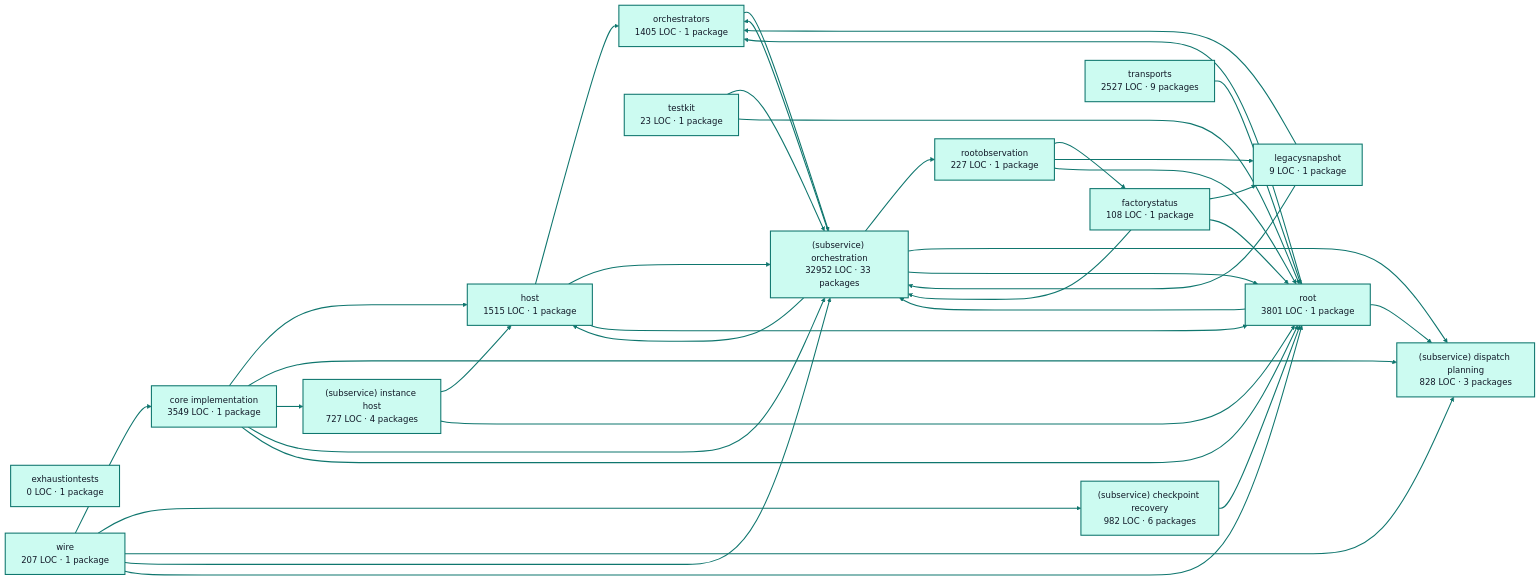
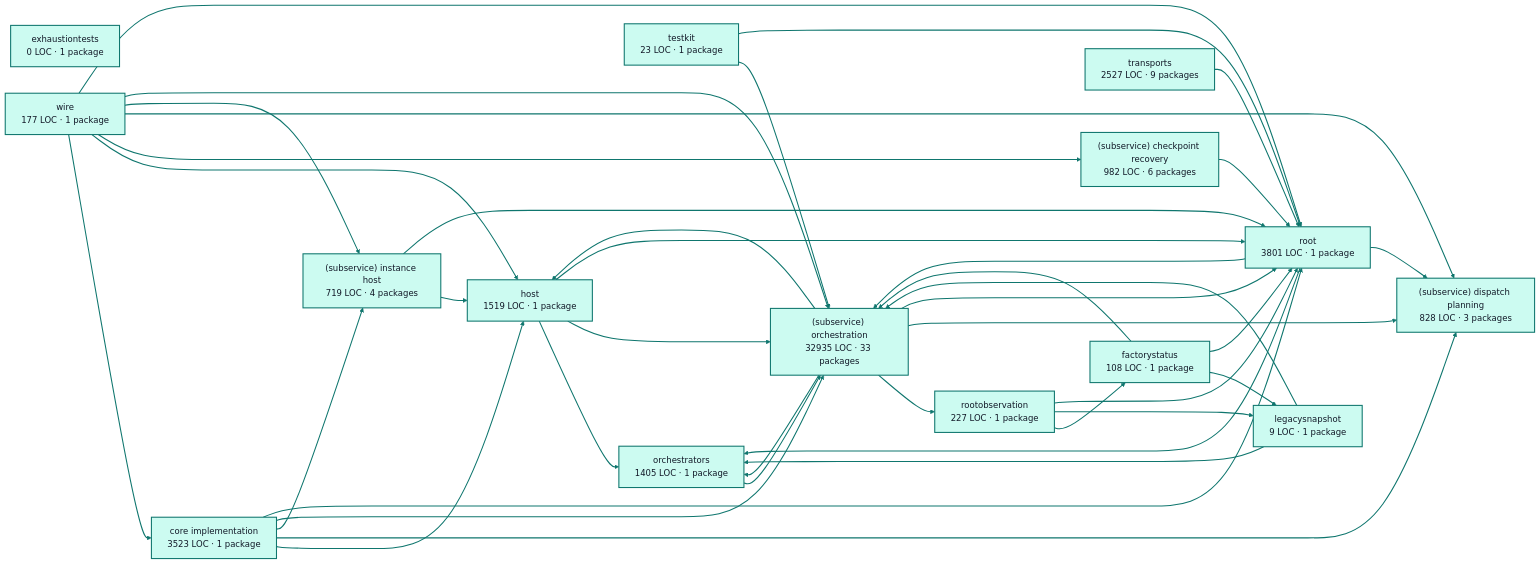
The diagram in docs/architecture/visualizations/services/factory_runtime.md (portpowered/you-agent-factory), drawn with Mermaid before and after one commit. The commit also changed other lines of this file and 20 other files, not shown here.

Commit message:
docs: refresh backend architecture visualizations

````diff
--- a/docs/architecture/visualizations/services/factory_runtime.md
+++ b/docs/architecture/visualizations/services/factory_runtime.md
@@ -11,70 +11,72 @@
 ```mermaid
 flowchart LR
-  p0["core implementation<br/>3549 LOC · 1 package"]
+  p0["core implementation<br/>3523 LOC · 1 package"]
   p1["exhaustiontests<br/>0 LOC · 1 package"]
   p2["factorystatus<br/>108 LOC · 1 package"]
-  p3["host<br/>1515 LOC · 1 package"]
+  p3["host<br/>1519 LOC · 1 package"]
   p4["legacysnapshot<br/>9 LOC · 1 package"]
   p5["orchestrators<br/>1405 LOC · 1 package"]
   p6["rootobservation<br/>227 LOC · 1 package"]
   p7["(subservice) checkpoint recovery<br/>982 LOC · 6 packages"]
   p8["(subservice) dispatch planning<br/>828 LOC · 3 packages"]
-  p9["(subservice) instance host<br/>727 LOC · 4 packages"]
-  p10["(subservice) orchestration<br/>32952 LOC · 33 packages"]
+  p9["(subservice) instance host<br/>719 LOC · 4 packages"]
+  p10["(subservice) orchestration<br/>32935 LOC · 33 packages"]
   p11["testkit<br/>23 LOC · 1 package"]
   p12["root<br/>3801 LOC · 1 package"]
   p13["transports<br/>2527 LOC · 9 packages"]
-  p14["wire<br/>207 LOC · 1 package"]
+  p14["wire<br/>177 LOC · 1 package"]
   p0 --> p3
   p0 --> p8
   p0 --> p9
   p0 --> p10
   p0 --> p12
   p2 --> p4
   p2 --> p10
   p2 --> p12
   p3 --> p5
   p3 --> p10
   p3 --> p12
   p4 --> p5
   p4 --> p10
   p5 --> p10
   p6 --> p2
   p6 --> p4
   p6 --> p12
   p7 --> p12
   p9 --> p3
   p9 --> p12
   p10 --> p3
   p10 --> p5
   p10 --> p6
   p10 --> p8
   p10 --> p12
   p11 --> p10
   p11 --> p12
   p12 --> p5
   p12 --> p8
   p12 --> p10
   p13 --> p12
   p14 --> p0
+  p14 --> p3
   p14 --> p7
   p14 --> p8
+  p14 --> p9
   p14 --> p10
   p14 --> p12
   style p0 fill:#ccfbf1,stroke:#0f766e,stroke-width:2px,color:#111827
   style p1 fill:#ccfbf1,stroke:#0f766e,stroke-width:2px,color:#111827
   style p2 fill:#ccfbf1,stroke:#0f766e,stroke-width:2px,color:#111827
   style p3 fill:#ccfbf1,stroke:#0f766e,stroke-width:2px,color:#111827
   style p4 fill:#ccfbf1,stroke:#0f766e,stroke-width:2px,color:#111827
   style p5 fill:#ccfbf1,stroke:#0f766e,stroke-width:2px,color:#111827
   style p6 fill:#ccfbf1,stroke:#0f766e,stroke-width:2px,color:#111827
   style p7 fill:#ccfbf1,stroke:#0f766e,stroke-width:2px,color:#111827
   style p8 fill:#ccfbf1,stroke:#0f766e,stroke-width:2px,color:#111827
   style p9 fill:#ccfbf1,stroke:#0f766e,stroke-width:2px,color:#111827
   style p10 fill:#ccfbf1,stroke:#0f766e,stroke-width:2px,color:#111827
   style p11 fill:#ccfbf1,stroke:#0f766e,stroke-width:2px,color:#111827
   style p12 fill:#ccfbf1,stroke:#0f766e,stroke-width:2px,color:#111827
   style p13 fill:#ccfbf1,stroke:#0f766e,stroke-width:2px,color:#111827
   style p14 fill:#ccfbf1,stroke:#0f766e,stroke-width:2px,color:#111827
   linkStyle default stroke:#0f766e,stroke-width:2px
 ```
````
